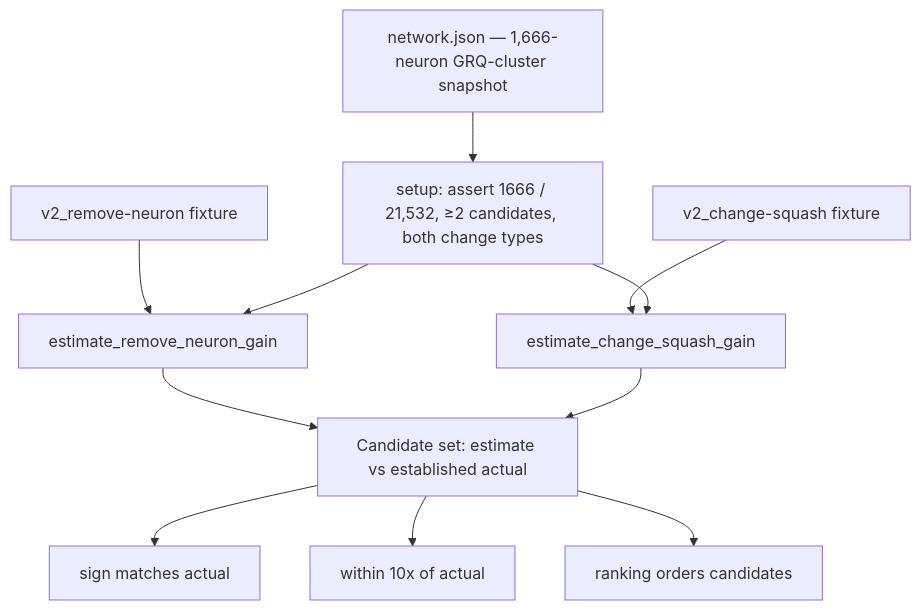
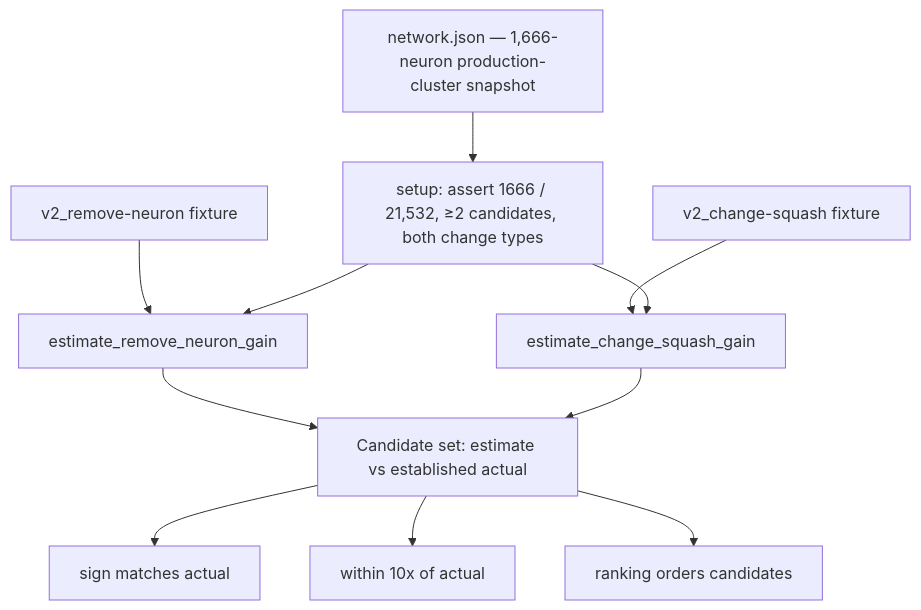
Before and after one commit to stSoftwareAU/NEAT-AI-Discovery: the diagram in docs/archive/pr-summaries/pr-summary-1533.md, drawn with Mermaid. The commit also changed other lines of this file and 67 other files, not shown here.

````diff
--- a/docs/archive/pr-summaries/pr-summary-1533.md
+++ b/docs/archive/pr-summaries/pr-summary-1533.md
@@ -73,13 +73,13 @@
 ```mermaid
 flowchart TD
-    A[network.json — 1,666-neuron GRQ-cluster snapshot] --> S[setup: assert 1666 / 21,532, ≥2 candidates, both change types]
+    A[network.json — 1,666-neuron production-cluster snapshot] --> S[setup: assert 1666 / 21,532, ≥2 candidates, both change types]
     B[v2_remove-neuron fixture] --> C[estimate_remove_neuron_gain]
     D[v2_change-squash fixture] --> E[estimate_change_squash_gain]
     S --> C
     S --> E
     C --> F[Candidate set: estimate vs established actual]
     E --> F
     F --> G[sign matches actual]
     F --> H[within 10x of actual]
     F --> I[ranking orders candidates]
 ```
````
